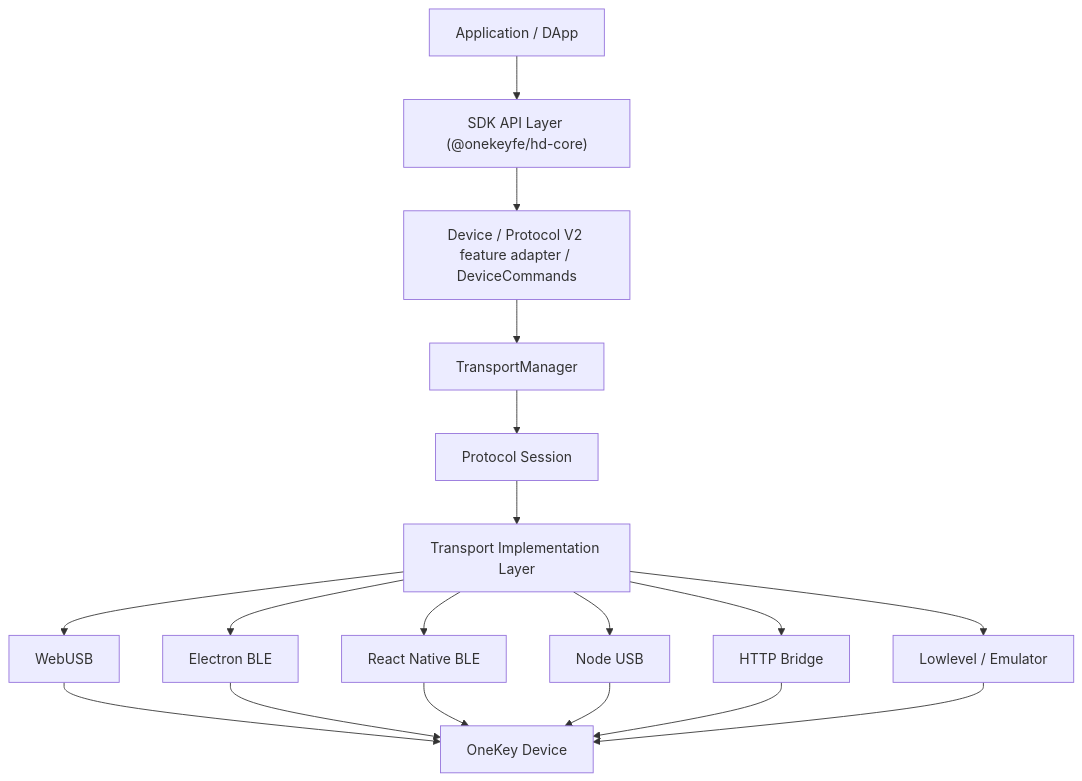
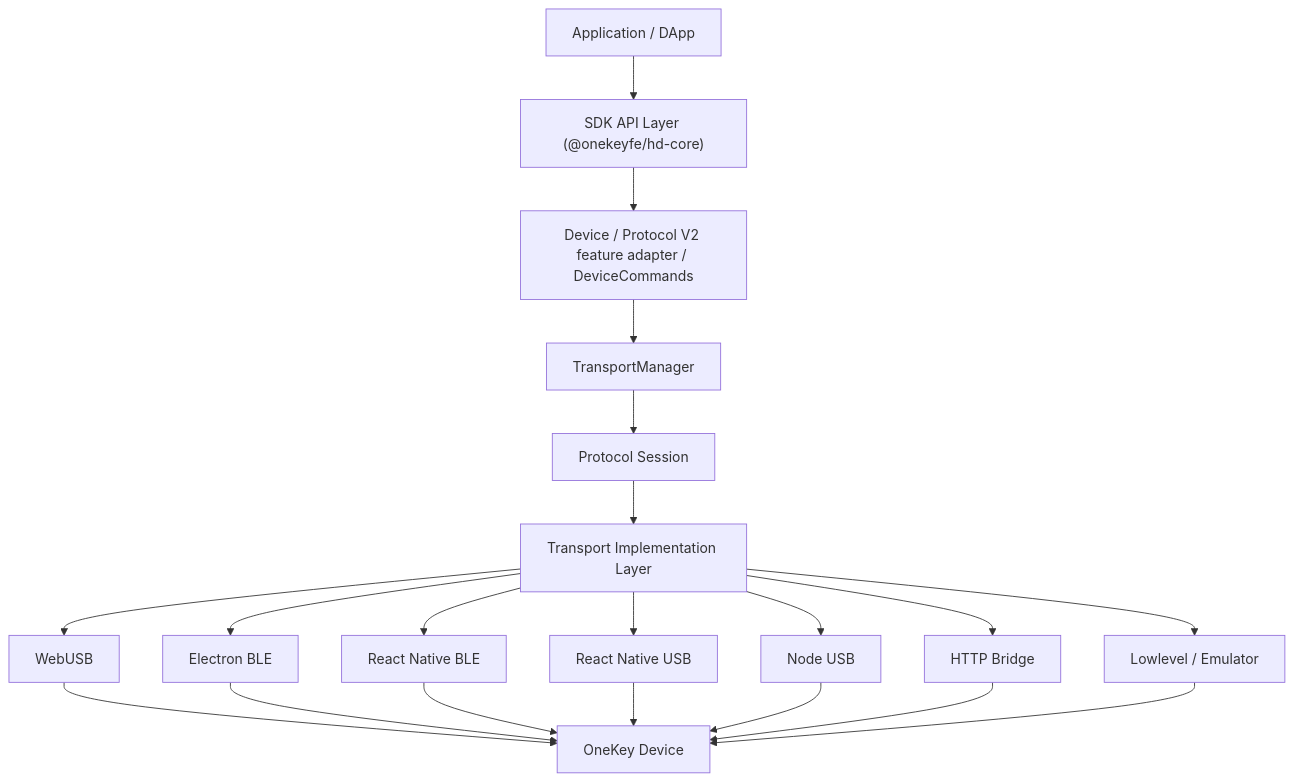
The first of 3 diagrams in docs/architecture/overview.md (OneKeyHQ/hardware-js-sdk), drawn with Mermaid before and after one commit. The commit also changed other lines of this file and 29 other files, not shown here.

Commit message:
feat: add Android USB host transport for React Native

````diff
--- a/docs/architecture/overview.md
+++ b/docs/architecture/overview.md
@@ -7,30 +7,33 @@
 ```mermaid
 flowchart TD
   App["Application / DApp"]
   Api["SDK API Layer (@onekeyfe/hd-core)"]
   Device["Device / Protocol V2 feature adapter / DeviceCommands"]
   Manager["TransportManager"]
   Session["Protocol Session"]
   Transport["Transport Implementation Layer"]
   WebUSB["WebUSB"]
   ElectronBLE["Electron BLE"]
   RNBLE["React Native BLE"]
+  RNUSB["React Native USB"]
   NodeUSB["Node USB"]
   Bridge["HTTP Bridge"]
   Other["Lowlevel / Emulator"]
   Hardware["OneKey Device"]
 
   App --> Api --> Device --> Manager --> Session --> Transport
   Transport --> WebUSB
   Transport --> ElectronBLE
   Transport --> RNBLE
+  Transport --> RNUSB
   Transport --> NodeUSB
   Transport --> Bridge
   Transport --> Other
   WebUSB --> Hardware
   ElectronBLE --> Hardware
   RNBLE --> Hardware
+  RNUSB --> Hardware
   NodeUSB --> Hardware
   Bridge --> Hardware
   Other --> Hardware
 ```
````
